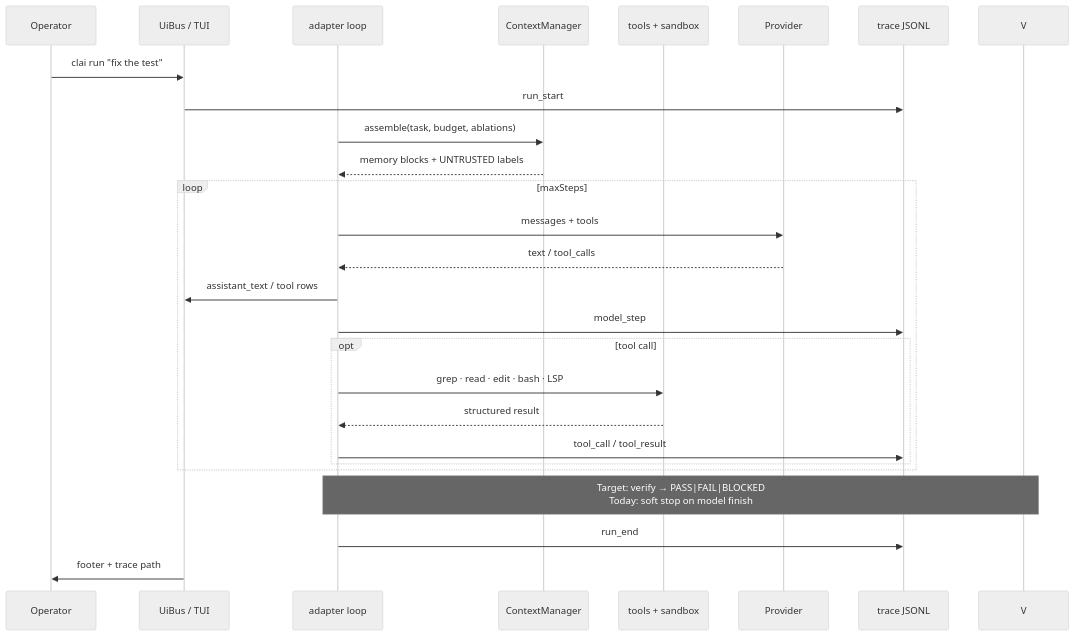
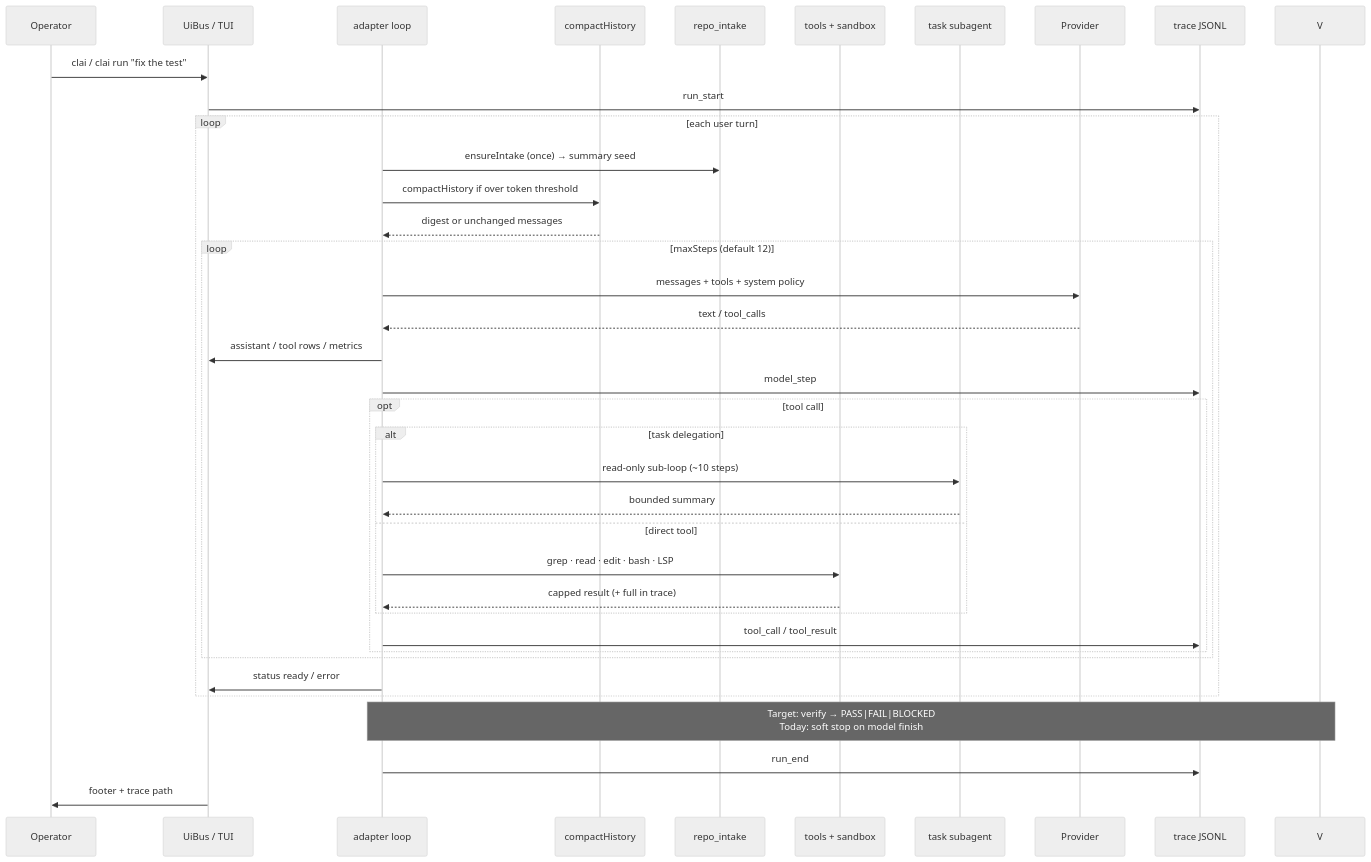
The fourth of 10 diagrams in docs/ARCHITECTURE.md (rajofearth/CodeRush2.0_TeamKnull), drawn with Mermaid (neutral theme) before and after one commit. The commit also changed other lines of this file, not shown here.

Commit message:
updated architecture file

````diff
--- a/docs/ARCHITECTURE.md
+++ b/docs/ARCHITECTURE.md
@@ -119,29 +188,40 @@
 ```mermaid
 sequenceDiagram
   participant U as Operator
   participant UI as UiBus / TUI
   participant A as adapter loop
-  participant C as ContextManager
+  participant C as compactHistory
+  participant I as repo_intake
   participant T as tools + sandbox
+  participant S as task subagent
   participant LLM as Provider
   participant TR as trace JSONL
 
-  U->>UI: clai run "fix the test"
+  U->>UI: clai / clai run "fix the test"
   UI->>TR: run_start
-  A->>C: assemble(task, budget, ablations)
-  C-->>A: memory blocks + UNTRUSTED labels
-  loop maxSteps
-    A->>LLM: messages + tools
-    LLM-->>A: text / tool_calls
-    A->>UI: assistant_text / tool rows
-    A->>TR: model_step
-    opt tool call
-      A->>T: grep · read · edit · bash · LSP
-      T-->>A: structured result
-      A->>TR: tool_call / tool_result
+  loop each user turn
+    A->>I: ensureIntake (once) → summary seed
+    A->>C: compactHistory if over token threshold
+    C-->>A: digest or unchanged messages
+    loop maxSteps (default 12)
+      A->>LLM: messages + tools + system policy
+      LLM-->>A: text / tool_calls
+      A->>UI: assistant / tool rows / metrics
+      A->>TR: model_step
+      opt tool call
+        alt task delegation
+          A->>S: read-only sub-loop (~10 steps)
+          S-->>A: bounded summary
+        else direct tool
+          A->>T: grep · read · edit · bash · LSP
+          T-->>A: capped result (+ full in trace)
+        end
+        A->>TR: tool_call / tool_result
+      end
     end
+    A->>UI: status ready / error
   end
   Note over A,V: Target: verify → PASS|FAIL|BLOCKED<br/>Today: soft stop on model finish
   A->>TR: run_end
   UI->>U: footer + trace path
 ```
````
